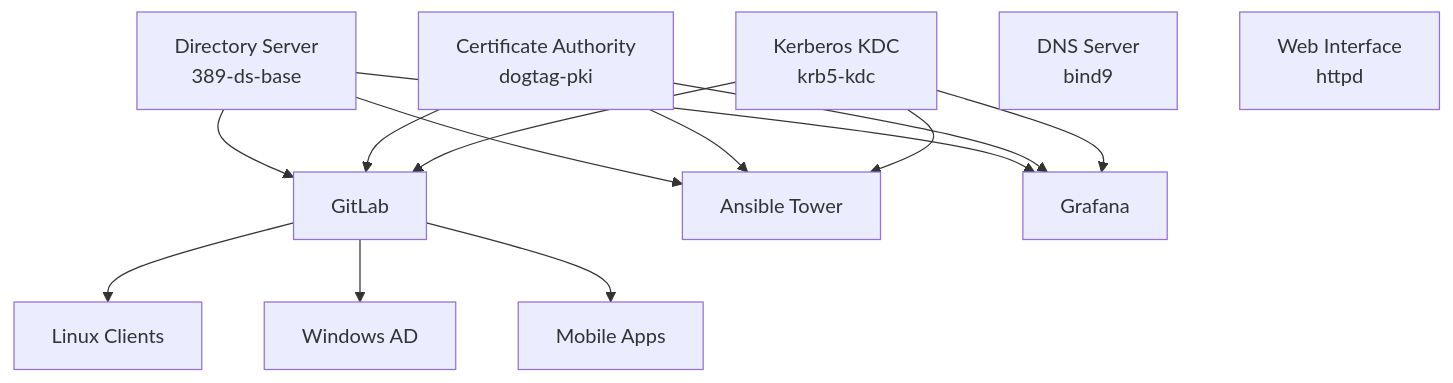
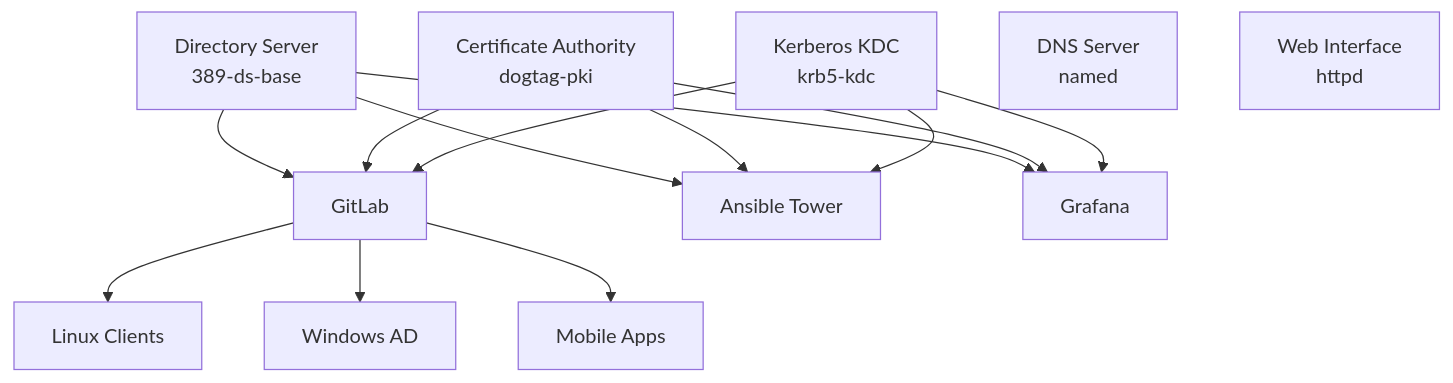
The first of 2 diagrams in content/posts/freeipa-setup.md (devitway/devopsway-blog), drawn with Mermaid before and after one commit. The commit also changed other lines of this file, not shown here.

````diff
--- a/content/posts/freeipa-setup.md
+++ b/content/posts/freeipa-setup.md
@@ -63,32 +63,32 @@
 ```mermaid
 flowchart TB
     DS[Directory Server<br/>389-ds-base]
     KDC[Kerberos KDC<br/>krb5-kdc]
     CA[Certificate Authority<br/>dogtag-pki]
-    DNS[DNS Server<br/>bind9]
+    DNS[DNS Server<br/>named]
     HTTP[Web Interface<br/>httpd]
     
     GitLab[GitLab]
     Ansible[Ansible Tower]
     Grafana[Grafana]
     
     Linux[Linux Clients]
     Windows[Windows AD]
     Mobile[Mobile Apps]
     
     DS --> GitLab
     DS --> Ansible
     DS --> Grafana
     
     CA --> GitLab
     CA --> Ansible
     CA --> Grafana
     
     KDC --> GitLab
     KDC --> Ansible
     KDC --> Grafana
     
     GitLab --> Linux
     GitLab --> Windows
     GitLab --> Mobile
 ```
````
